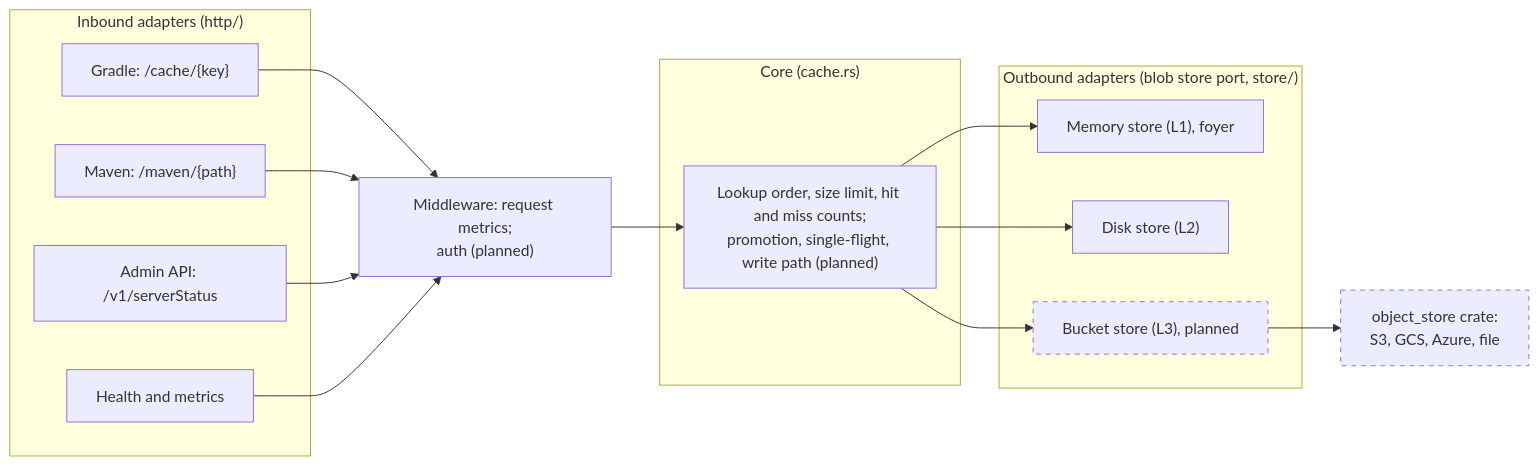
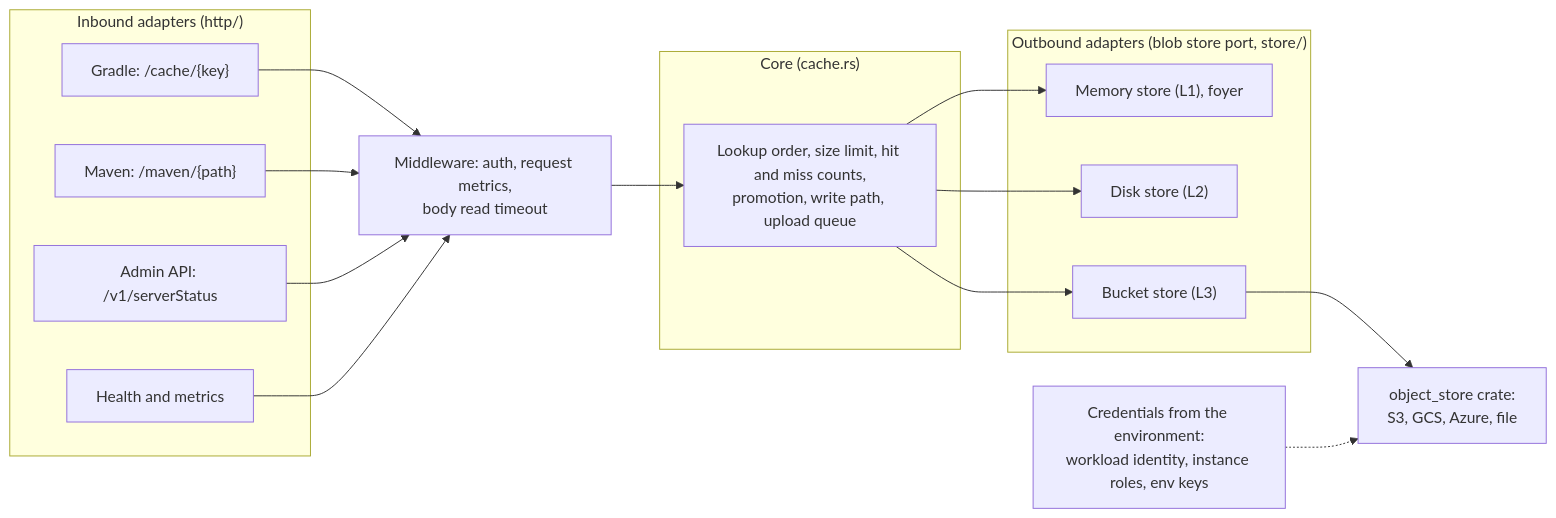
The fourth of 5 diagrams in docs/design/0003-architecture.md (nevzheng/mammoth-cache), drawn with Mermaid before and after one commit. The commit also changed other lines of this file and 5 other files, not shown here.

````diff
--- a/docs/design/0003-architecture.md
+++ b/docs/design/0003-architecture.md
@@ -237,30 +237,30 @@
 ```mermaid
 flowchart LR
     subgraph in["Inbound adapters (http/)"]
         gradle["Gradle: /cache/{key}"]
         maven["Maven: /maven/{path}"]
         admin["Admin API: /v1/serverStatus"]
         ops["Health and metrics"]
     end
-    mw["Middleware: request metrics;<br/>auth (planned)"]
+    mw["Middleware: auth, request metrics,<br/>body read timeout"]
     subgraph core["Core (cache.rs)"]
-        tiering["Lookup order, size limit, hit and miss counts;<br/>promotion, single-flight, write path (planned)"]
+        tiering["Lookup order, size limit, hit and miss counts,<br/>promotion, write path, upload queue"]
     end
     subgraph out["Outbound adapters (blob store port, store/)"]
         mem["Memory store (L1), foyer"]
         disk["Disk store (L2)"]
-        obj["Bucket store (L3), planned"]
+        obj["Bucket store (L3)"]
     end
     sdk["object_store crate:<br/>S3, GCS, Azure, file"]
+    creds["Credentials from the environment:<br/>workload identity, instance roles, env keys"]
     gradle --> mw
     maven --> mw
     admin --> mw
     ops --> mw
     mw --> tiering
     tiering --> mem
     tiering --> disk
     tiering --> obj
     obj --> sdk
-    classDef planned stroke-dasharray: 5 5
-    class obj,sdk planned
+    creds -.-> sdk
 ```
````
